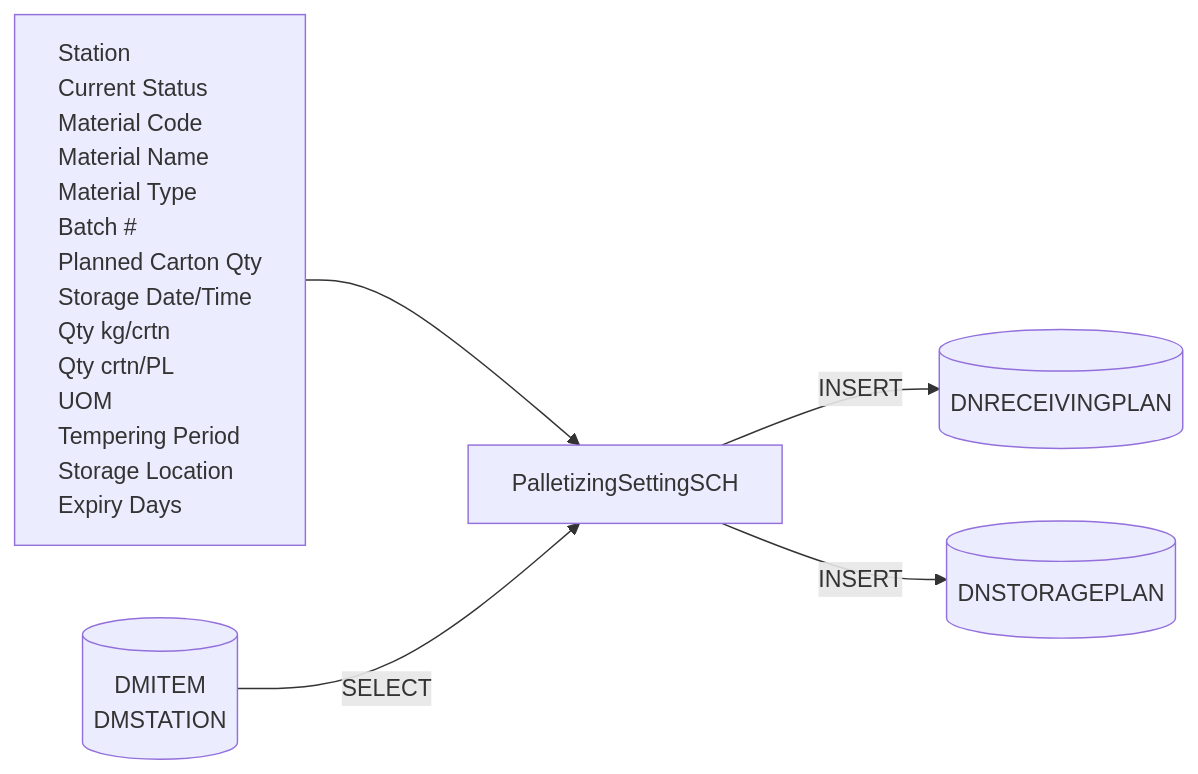
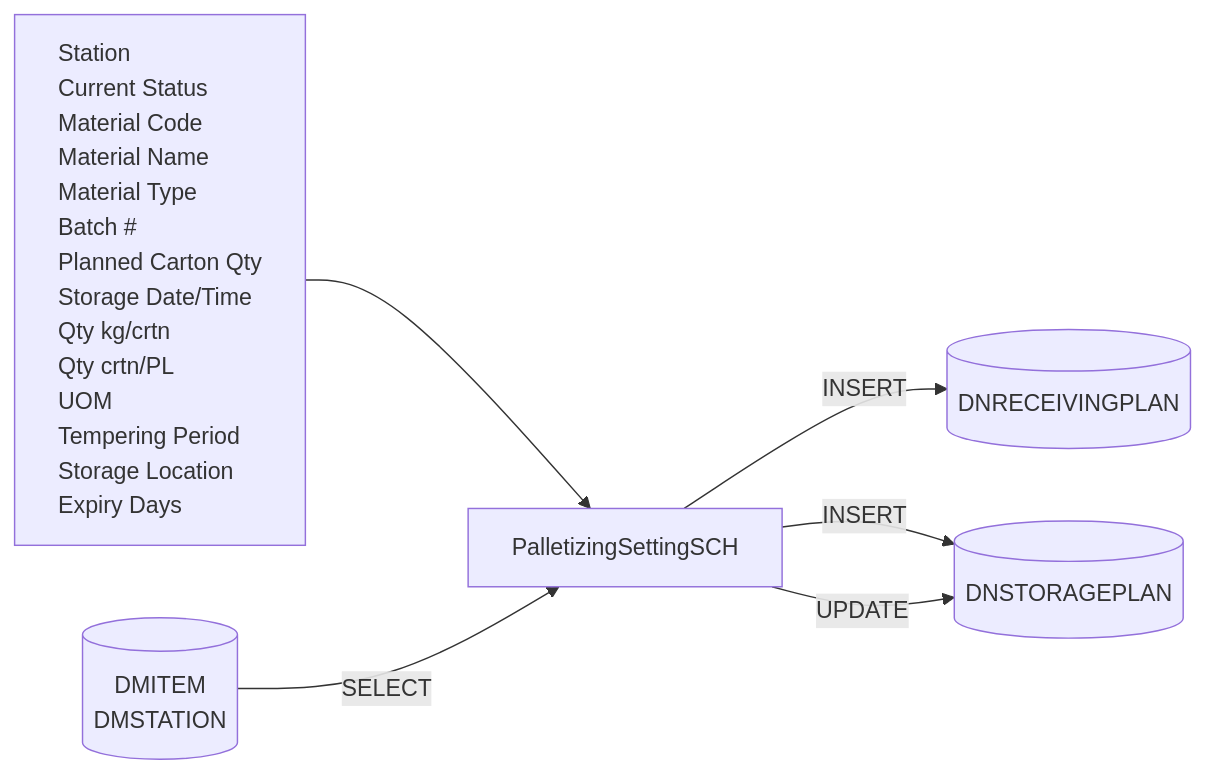
The fourth of 4 diagrams in Basic-Design/DFD-WMS/Storage/PALLETIZE-OPERATION-(HP)/0.-Palletize-Start.md (luthfiadityaa/SimeDarby-Wiki), drawn with Mermaid before and after one commit.

Commit message:
Updated 0. Palletize Start

```diff
--- a/Basic-Design/DFD-WMS/Storage/PALLETIZE-OPERATION-(HP)/0.-Palletize-Start.md
+++ b/Basic-Design/DFD-WMS/Storage/PALLETIZE-OPERATION-(HP)/0.-Palletize-Start.md
@@ -63,41 +63,42 @@
 ::: mermaid
 flowchart LR
     input[
         Station 
         Current Status
         Material Code
         Material Name
         Material Type
         Batch #
         Planned Carton Qty
         Storage Date/Time
         Qty kg/crtn
         Qty crtn/PL
         UOM
         Tempering Period
         Storage Location
         Expiry Days
     ]
 
     tableList-insert[("
         DNRECEIVINGPLAN
     ")]
 
     tableList-insert2[("
         DNSTORAGEPLAN
     ")]
 
      tableList-select[("
         DMITEM
         DMSTATION
     ")]
 
     className[PalletizingSettingSCH]
 
     input --> className --> |INSERT| tableList-insert
     className --> |INSERT| tableList-insert2
     tableList-select --> |SELECT| className
+    className --> |UPDATE| tableList-insert2
 
     classDef leftAlign text-align:left;
     class input leftAlign;
 :::
```
